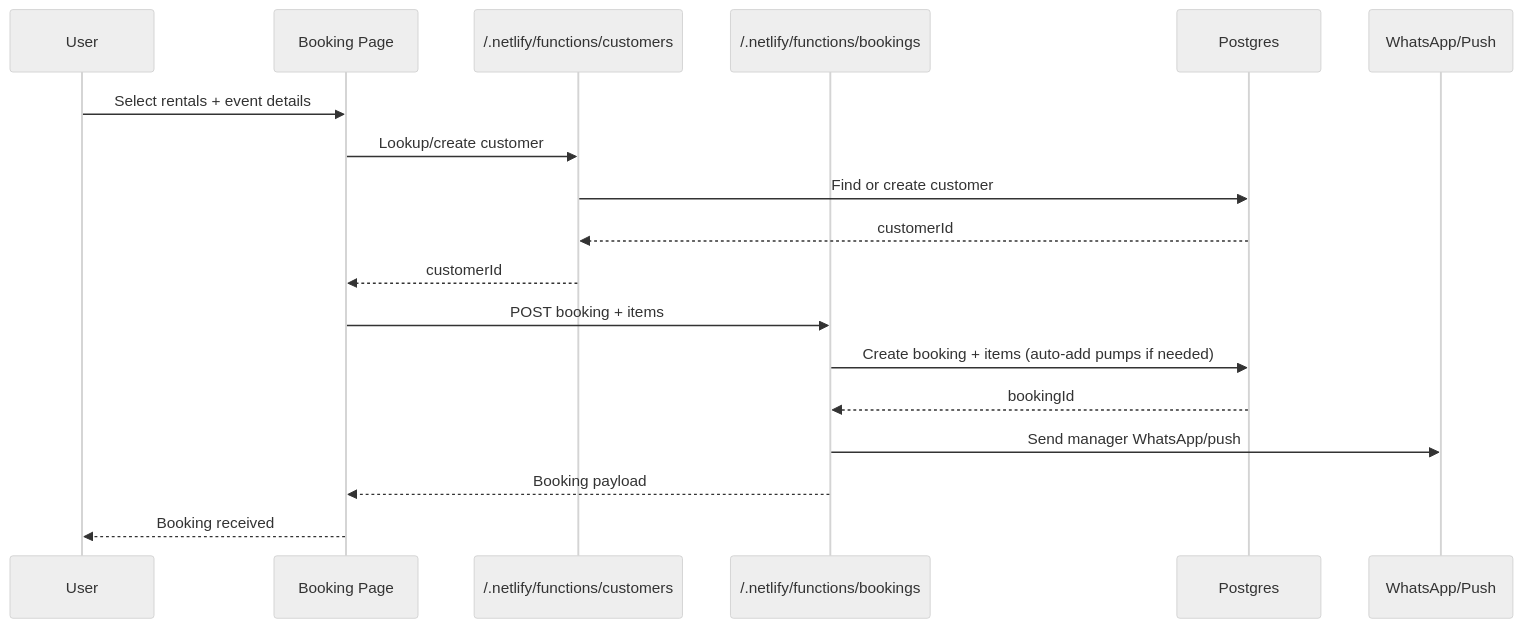
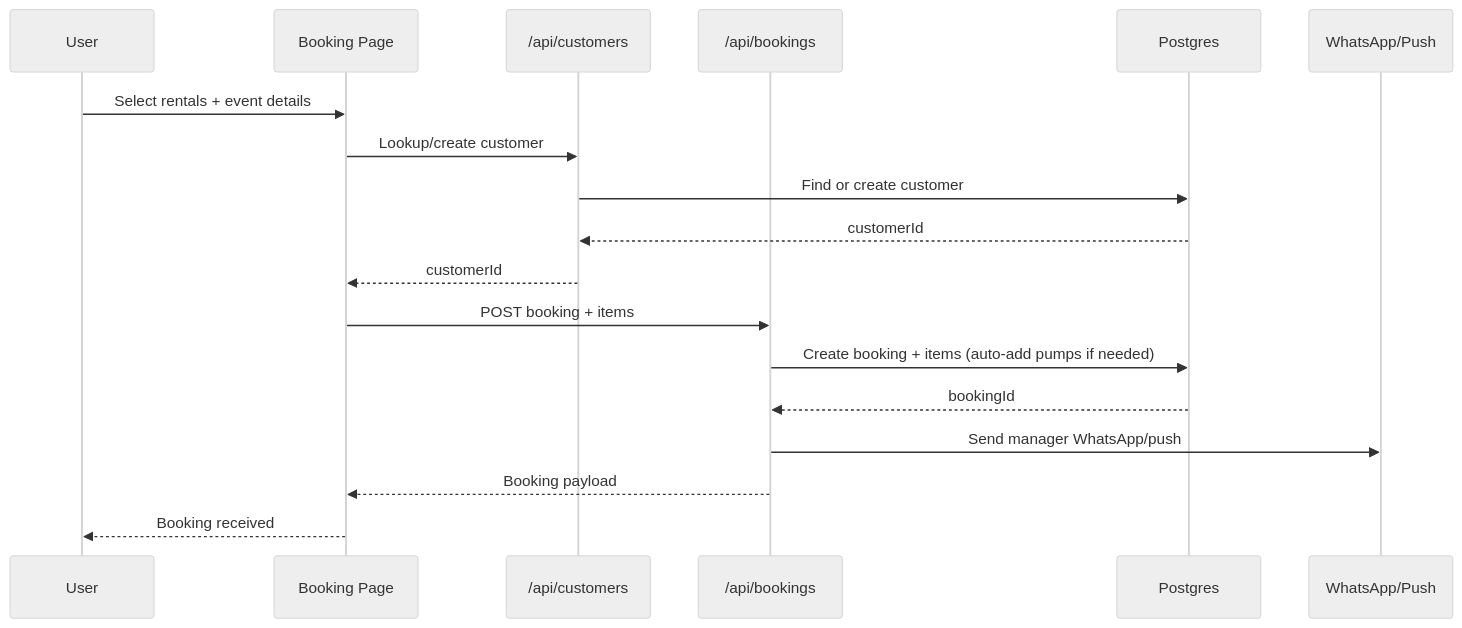
One commit to nanaabaackah/faako-system changed the third of 3 diagrams in apps/reebs-portal/docs/FRONTEND.md. Above: the diagram before and after it, drawn with Mermaid (neutral theme). The commit also changed other lines of this file and 334 other files, not shown here.

````diff
--- a/apps/reebs-portal/docs/FRONTEND.md
+++ b/apps/reebs-portal/docs/FRONTEND.md
@@ -154,21 +154,21 @@
 ```mermaid
 sequenceDiagram
   participant User
   participant UI as Booking Page
-  participant CustomersAPI as /.netlify/functions/customers
-  participant BookingsAPI as /.netlify/functions/bookings
+  participant CustomersAPI as /api/customers
+  participant BookingsAPI as /api/bookings
   participant DB as Postgres
   participant Notify as WhatsApp/Push
 
   User->>UI: Select rentals + event details
   UI->>CustomersAPI: Lookup/create customer
   CustomersAPI->>DB: Find or create customer
   DB-->>CustomersAPI: customerId
   CustomersAPI-->>UI: customerId
   UI->>BookingsAPI: POST booking + items
   BookingsAPI->>DB: Create booking + items (auto-add pumps if needed)
   DB-->>BookingsAPI: bookingId
   BookingsAPI->>Notify: Send manager WhatsApp/push
   BookingsAPI-->>UI: Booking payload
   UI-->>User: Booking received
 ```
````
